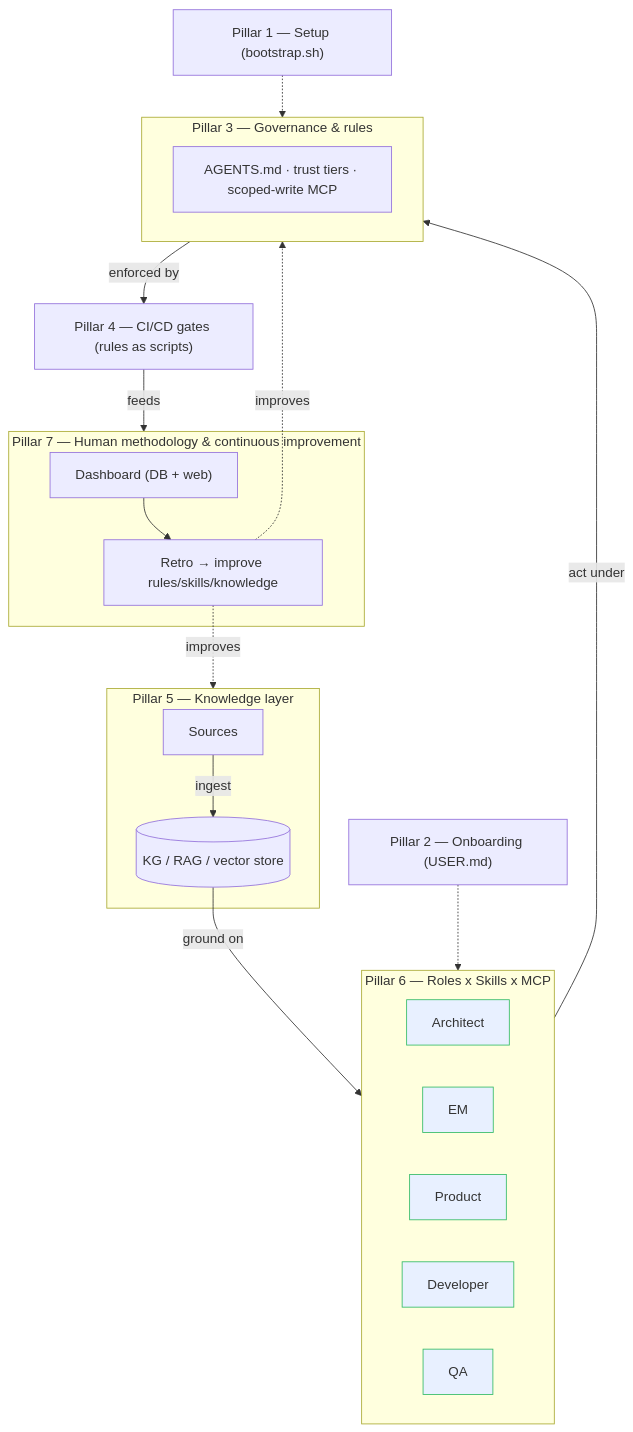
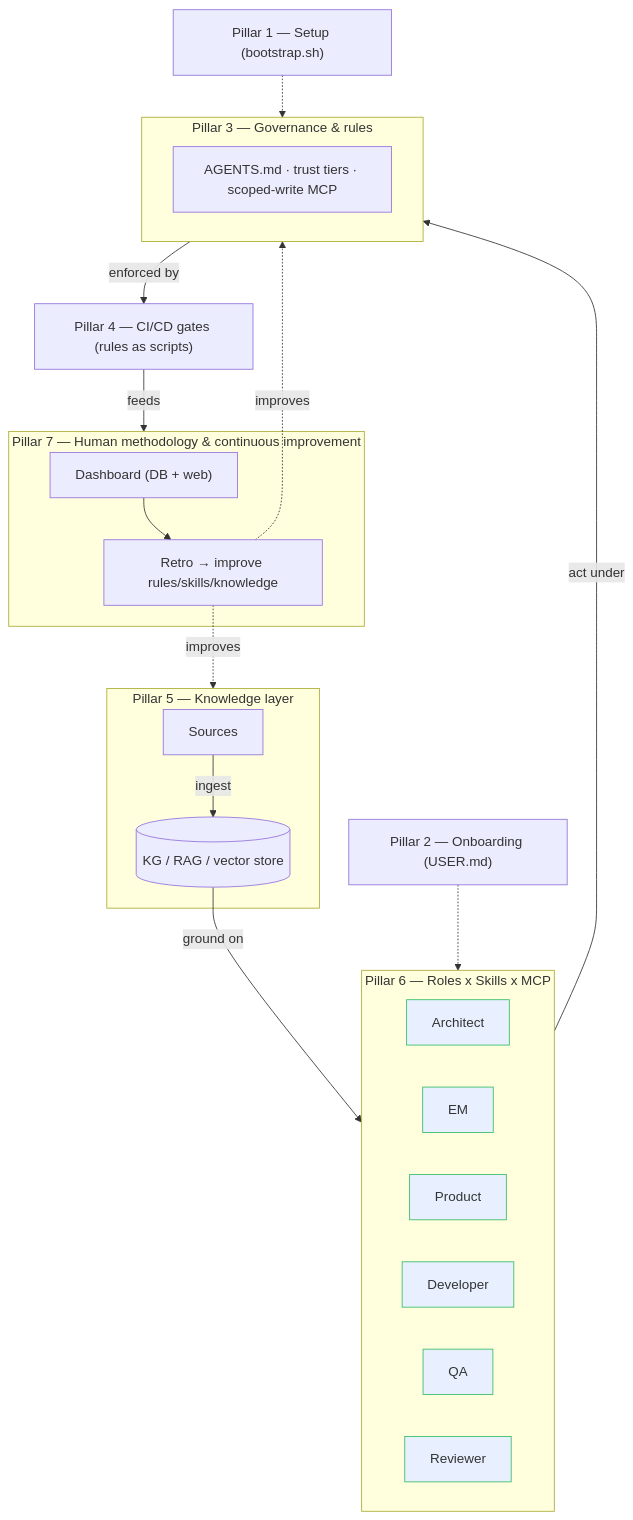
One commit to georgiandinca/ai-sdlc-bootstrap-kit changed the first of 2 diagrams in docs/SPEC.md. Above: the diagram before and after it, drawn with Mermaid. The commit also changed other lines of this file and 21 other files, not shown here.

First line of the commit message:
feat(seats): add the Reviewer seat, its playbook and a review guide

````diff
--- a/docs/SPEC.md
+++ b/docs/SPEC.md
@@ -35,28 +35,29 @@
 ```mermaid
 flowchart TB
     subgraph K["Pillar 5 — Knowledge layer"]
         SRC["Sources"] -->|ingest| KB[("KG / RAG / vector store")]
     end
     subgraph SEATS["Pillar 6 — Roles x Skills x MCP"]
         A["Architect"]:::seat
         E["EM"]:::seat
         P["Product"]:::seat
         D["Developer"]:::seat
         Q["QA"]:::seat
+        R["Reviewer"]:::seat
     end
     KB -->|ground on| SEATS
     SEATS -->|act under| G
     subgraph G["Pillar 3 — Governance & rules"]
         GR["AGENTS.md · trust tiers · scoped-write MCP"]
     end
     G -->|enforced by| CI["Pillar 4 — CI/CD gates (rules as scripts)"]
     CI -->|feeds| H
     subgraph H["Pillar 7 — Human methodology & continuous improvement"]
         DASH["Dashboard (DB + web)"] --> RETRO["Retro → improve rules/skills/knowledge"]
     end
     RETRO -.->|improves| G
     RETRO -.->|improves| K
     S1["Pillar 1 — Setup (bootstrap.sh)"] -.-> G
     S2["Pillar 2 — Onboarding (USER.md)"] -.-> SEATS
     classDef seat fill:#e8f0ff,stroke:#3b6;
 ```
````
